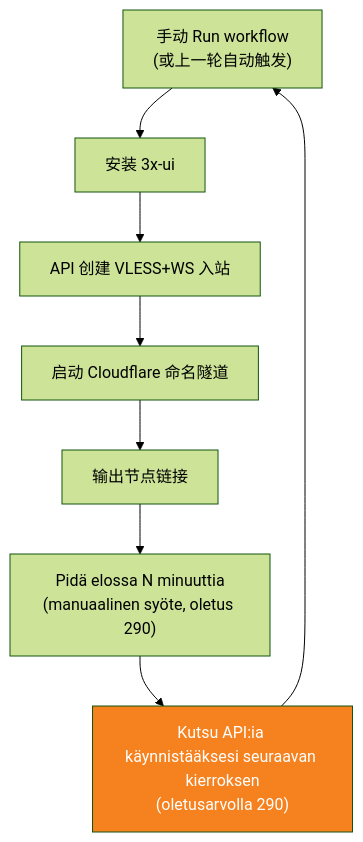
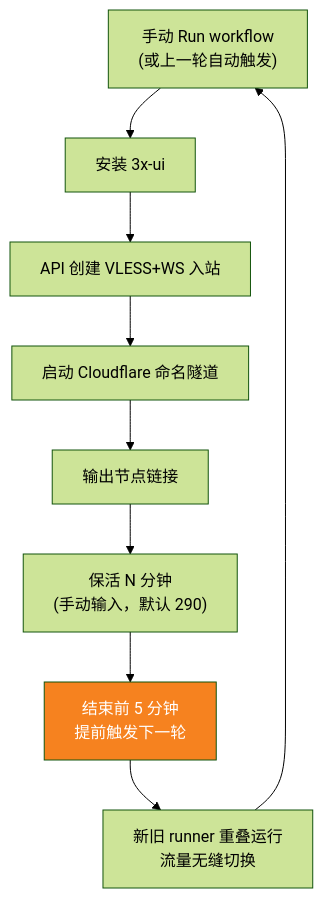
The second of 3 diagrams in README.fi.md (1246437945/cloud-3xui), drawn with Mermaid (forest theme) before and after one commit. The commit also changed other lines of this file, not shown here.

Commit message:
docs: overlapping startup

````diff
--- a/README.fi.md
+++ b/README.fi.md
@@ -30,12 +30,13 @@
 ```mermaid
 flowchart TD
     A["手动 Run workflow\n(或上一轮自动触发)"] --> B["安装 3x-ui"]
     B --> C["API 创建 VLESS+WS 入站"]
     C --> D["启动 Cloudflare 命名隧道"]
     D --> E["输出节点链接"]
-    E --> F["Pidä elossa N minuuttia<br/>(manuaalinen syöte, oletus 290)"]
-    F --> G["Kutsu API:ia käynnistääksesi seuraavan kierroksen<br/>(oletusarvolla 290)"]
-    G --> A
+    E --> F["保活 N 分钟<br/>(手动输入，默认 290)"]
+    F --> G["结束前 5 分钟<br/>提前触发下一轮"]
+    G --> H["新旧 runner 重叠运行<br/>流量无缝切换"]
+    H --> A
 
     style G fill:#f6821f,color:#fff
 ```
````
